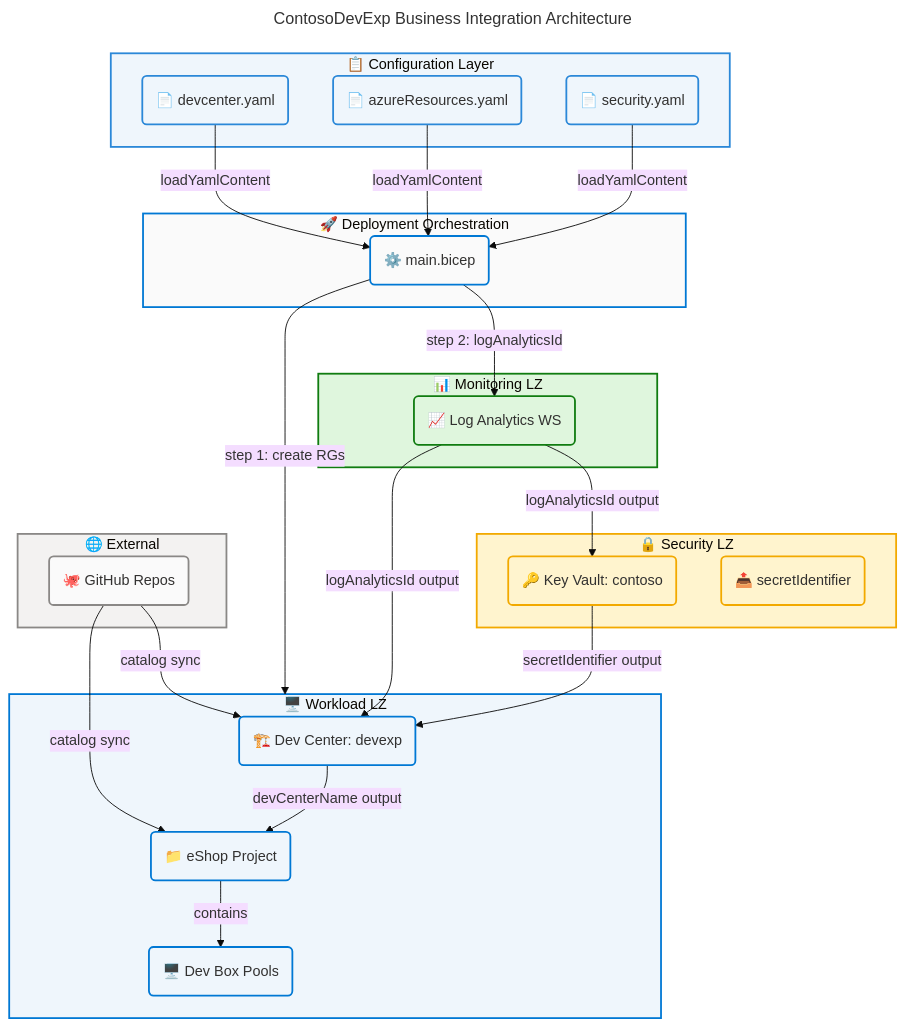
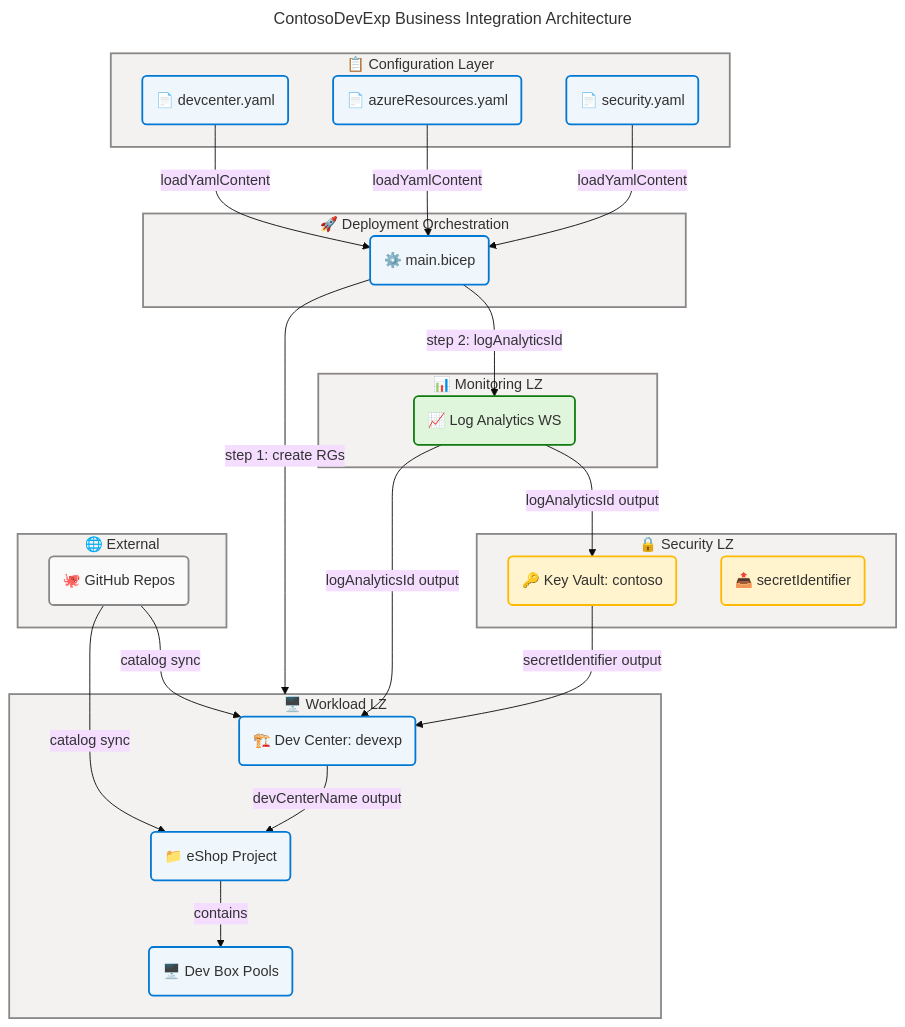
The fifth of 6 diagrams in docs/architecture/bus-arch.md (Evilazaro/DevExp-DevBox), drawn with Mermaid before and after one commit. The commit also changed other lines of this file, not shown here.

Commit message:
Add organizational structure and architecture principles diagrams to documentation

````diff
--- a/docs/architecture/bus-arch.md
+++ b/docs/architecture/bus-arch.md
@@ -1169,16 +1303,16 @@
 
     %% Centralized classDef palette (AZURE/FLUENT v1.1)
     classDef core fill:#EFF6FC,stroke:#0078D4,stroke-width:2px,color:#323130
-    classDef security fill:#FFF4CE,stroke:#F2A900,stroke-width:2px,color:#323130
+    classDef security fill:#FFF4CE,stroke:#FFB900,stroke-width:2px,color:#323130
     classDef monitoring fill:#DFF6DD,stroke:#107C10,stroke-width:2px,color:#323130
-    classDef config fill:#EFF6FC,stroke:#2B88D8,stroke-width:2px,color:#323130
-    classDef process fill:#FAFAFA,stroke:#0078D4,stroke-width:2px,color:#323130
+    classDef config fill:#EFF6FC,stroke:#0078D4,stroke-width:2px,color:#323130
+    classDef process fill:#EFF6FC,stroke:#0078D4,stroke-width:2px,color:#323130
     classDef neutral fill:#FAFAFA,stroke:#8A8886,stroke-width:2px,color:#323130
 
-    style CFG fill:#EFF6FC,stroke:#2B88D8,stroke-width:2px
-    style DEP fill:#FAFAFA,stroke:#0078D4,stroke-width:2px
-    style MON fill:#DFF6DD,stroke:#107C10,stroke-width:2px
-    style SEC fill:#FFF4CE,stroke:#F2A900,stroke-width:2px
-    style WORK fill:#EFF6FC,stroke:#0078D4,stroke-width:2px
-    style EXT fill:#F3F2F1,stroke:#8A8886,stroke-width:2px
+    style CFG fill:#F3F2F1,stroke:#8A8886,stroke-width:2px,color:#323130
+    style DEP fill:#F3F2F1,stroke:#8A8886,stroke-width:2px,color:#323130
+    style MON fill:#F3F2F1,stroke:#8A8886,stroke-width:2px,color:#323130
+    style SEC fill:#F3F2F1,stroke:#8A8886,stroke-width:2px,color:#323130
+    style WORK fill:#F3F2F1,stroke:#8A8886,stroke-width:2px,color:#323130
+    style EXT fill:#F3F2F1,stroke:#8A8886,stroke-width:2px,color:#323130
 ```
````
